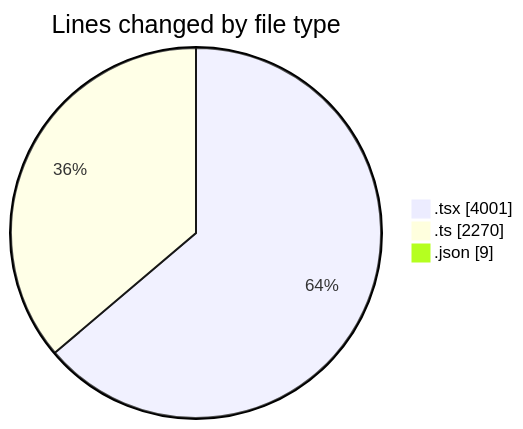
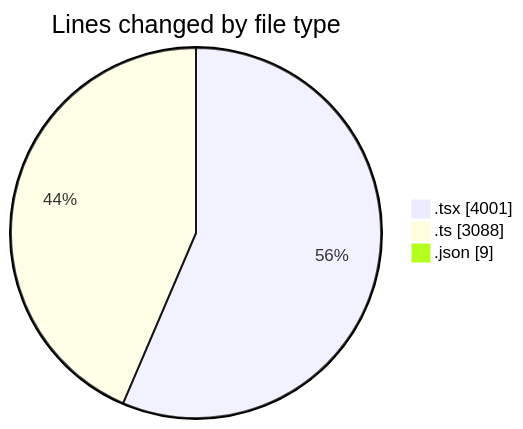
The first of 2 diagrams in 2025-10-15/eventscop-frontend-guide__workspace_/README.md (julien-gomy/code-tracking), drawn with Mermaid before and after one commit. The commit also changed other lines of this file and 1 other file, not shown here.

````diff
--- a/2025-10-15/eventscop-frontend-guide__workspace_/README.md
+++ b/2025-10-15/eventscop-frontend-guide__workspace_/README.md
@@ -48,7 +51,7 @@
 ```mermaid
 pie showData
 title Lines changed by file type
 ".tsx" : 4001
-".ts" : 2270
+".ts" : 3088
 ".json" : 9
 ```
````
